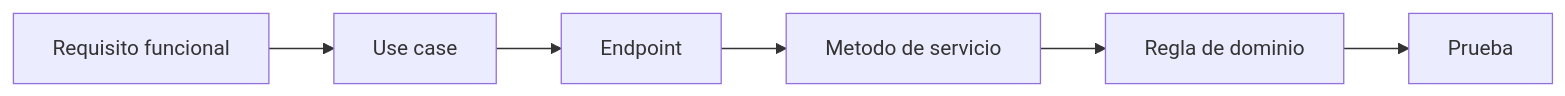
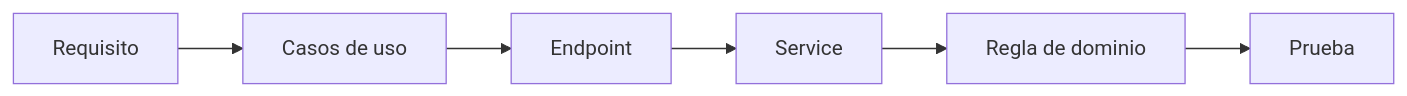
One commit to HectorARiascosI/musical-rent-api changed the tenth of 10 diagrams in PLAN_PROYECTO.md. Above: the diagram before and after it, drawn with Mermaid. The commit also changed other lines of this file, not shown here.

Commit message:
docs: separa dominio musical de referencias externas

````diff
--- a/PLAN_PROYECTO.md
+++ b/PLAN_PROYECTO.md
@@ -2258,11 +873,8 @@
 ```mermaid
 flowchart LR
-  RF[Requisito funcional]
-  UC[Use case]
-  API[Endpoint]
-  SVC[Metodo de servicio]
-  DOM[Regla de dominio]
-  TEST[Prueba]
-
-  RF --> UC --> API --> SVC --> DOM --> TEST
+    RF[Requisito] --> UC[Casos de uso]
+    UC --> API[Endpoint]
+    API --> SVC[Service]
+    SVC --> DOM[Regla de dominio]
+    DOM --> TEST[Prueba]
 ```
````
